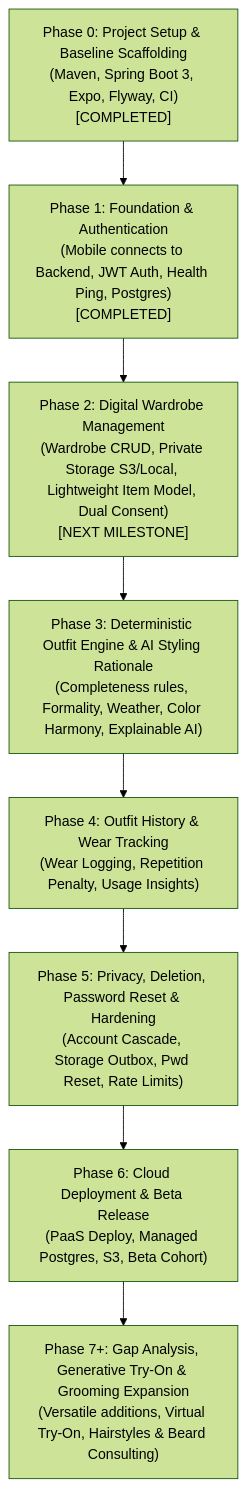
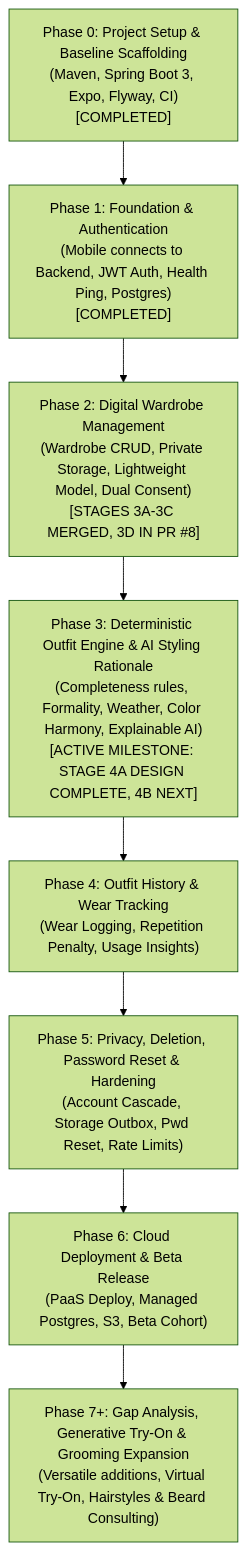
Before and after one commit to ShaileshKumar007/GroomAi: the diagram in docs/ROADMAP.md, drawn with Mermaid (forest theme). The commit also changed other lines of this file and 74 other files, not shown here.

First line of the commit message:
feat(outfit): implement outfit recommendation engine, persistence, wear logging, and history

````diff
--- a/docs/ROADMAP.md
+++ b/docs/ROADMAP.md
@@ -14,19 +14,19 @@
 ```mermaid
 graph TD
     Phase0["Phase 0: Project Setup & Baseline Scaffolding\n(Maven, Spring Boot 3, Expo, Flyway, CI)\n[COMPLETED]"]
     Phase1["Phase 1: Foundation & Authentication\n(Mobile connects to Backend, JWT Auth, Health Ping, Postgres)\n[COMPLETED]"]
-    Phase2["Phase 2: Digital Wardrobe Management\n(Wardrobe CRUD, Private Storage S3/Local, Lightweight Item Model, Dual Consent)\n[NEXT MILESTONE]"]
-    Phase3["Phase 3: Deterministic Outfit Engine & AI Styling Rationale\n(Completeness rules, Formality, Weather, Color Harmony, Explainable AI)"]
+    Phase2["Phase 2: Digital Wardrobe Management\n(Wardrobe CRUD, Private Storage, Lightweight Model, Dual Consent)\n[STAGES 3A-3C MERGED, 3D IN PR #8]"]
+    Phase3["Phase 3: Deterministic Outfit Engine & AI Styling Rationale\n(Completeness rules, Formality, Weather, Color Harmony, Explainable AI)\n[ACTIVE MILESTONE: STAGE 4A DESIGN COMPLETE, 4B NEXT]"]
     Phase4["Phase 4: Outfit History & Wear Tracking\n(Wear Logging, Repetition Penalty, Usage Insights)"]
     Phase5["Phase 5: Privacy, Deletion, Password Reset & Hardening\n(Account Cascade, Storage Outbox, Pwd Reset, Rate Limits)"]
     Phase6["Phase 6: Cloud Deployment & Beta Release\n(PaaS Deploy, Managed Postgres, S3, Beta Cohort)"]
     Phase7["Phase 7+: Gap Analysis, Generative Try-On & Grooming Expansion\n(Versatile additions, Virtual Try-On, Hairstyles & Beard Consulting)"]
 
     Phase0 --> Phase1
     Phase1 --> Phase2
     Phase2 --> Phase3
     Phase3 --> Phase4
     Phase4 --> Phase5
     Phase5 --> Phase6
     Phase6 --> Phase7
 ```
````
